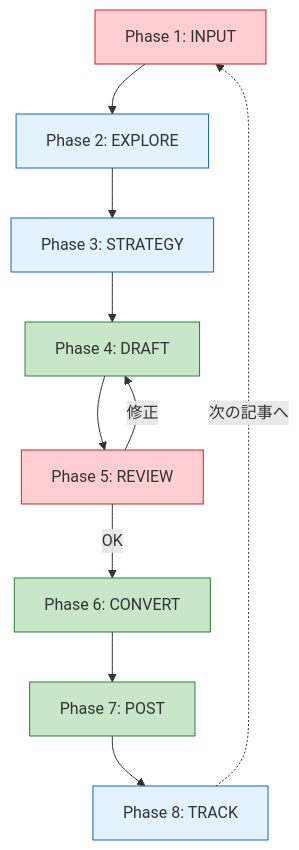
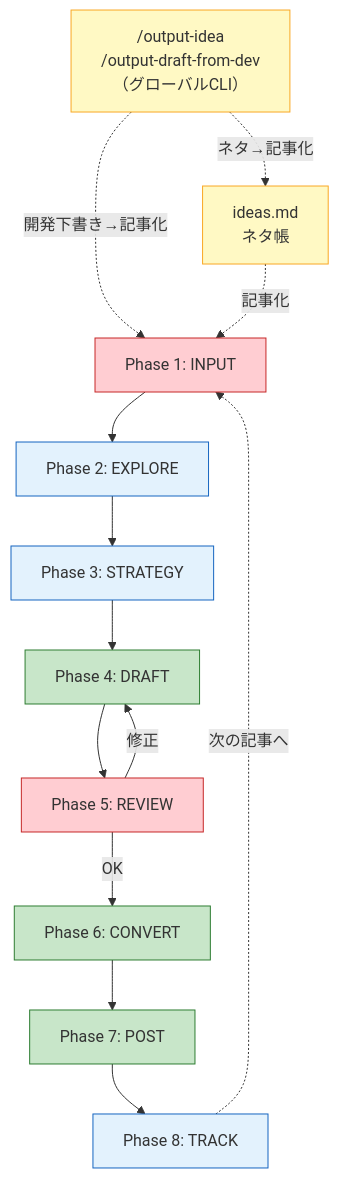
Before and after one commit to thirai-classlab/technology-output: the second of 8 diagrams in docs/design/01-system-design.md, drawn with Mermaid. The commit also changed other lines of this file and 30 other files, not shown here.

````diff
--- a/docs/design/01-system-design.md
+++ b/docs/design/01-system-design.md
@@ -59,34 +72,44 @@
 ```mermaid
 flowchart TD
+    GC["/output-idea<br/>/output-draft-from-dev<br/>（グローバルCLI）"]
+    IDEAS["ideas.md<br/>ネタ帳"]
+
     P1[Phase 1: INPUT]
     P2[Phase 2: EXPLORE]
     P3[Phase 3: STRATEGY]
     P4[Phase 4: DRAFT]
     P5[Phase 5: REVIEW]
     P6[Phase 6: CONVERT]
     P7[Phase 7: POST]
     P8[Phase 8: TRACK]
+
+    GC -.->|ネタ→記事化| IDEAS
+    GC -.->|開発下書き→記事化| P1
+    IDEAS -.->|記事化| P1
 
     P1 --> P2
     P2 --> P3
     P3 --> P4
     P4 --> P5
     P5 -->|修正| P4
     P5 -->|OK| P6
     P6 --> P7
     P7 --> P8
     P8 -.->|次の記事へ| P1
 
+    GC:::global
+    IDEAS:::global
     P1:::human
     P2:::collab
     P3:::collab
     P4:::ai
     P5:::human
     P6:::ai
     P7:::ai
     P8:::collab
 
     classDef human fill:#ffcdd2,stroke:#c62828
     classDef ai fill:#c8e6c9,stroke:#2e7d32
     classDef collab fill:#e3f2fd,stroke:#1565c0
+    classDef global fill:#fff9c4,stroke:#f9a825
 ```
````
